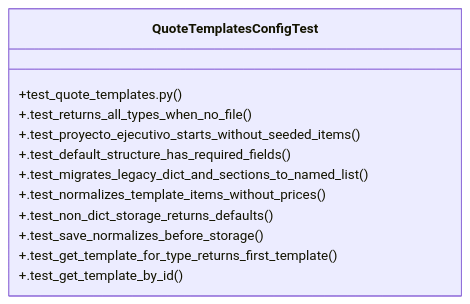
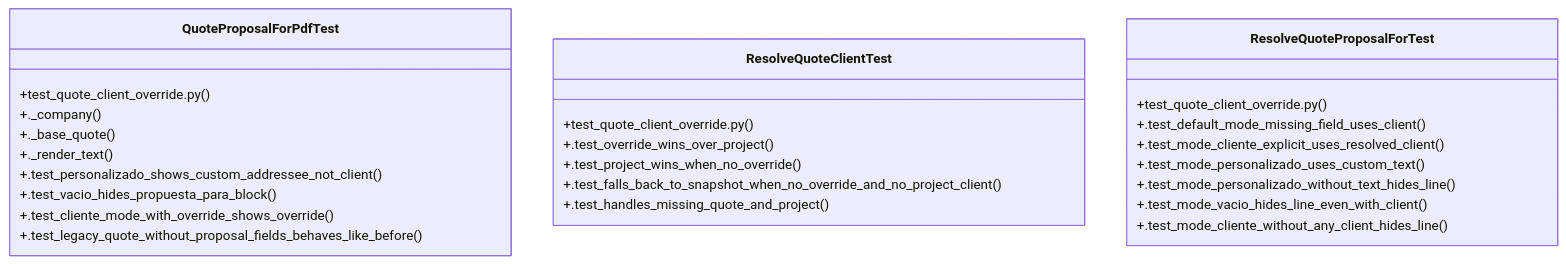
Before and after one commit to Daftrick/ProjectTracker: the diagram in graphify-out/wiki/Community_16.md, drawn with Mermaid. The commit also changed other lines of this file and 465 other files, not shown here.

````diff
--- a/graphify-out/wiki/Community_16.md
+++ b/graphify-out/wiki/Community_16.md
@@ -36,15 +36,29 @@
 ```mermaid
 classDiagram
-    class QuoteTemplatesConfigTest {
-        +test_quote_templates.py()
-        +.test_returns_all_types_when_no_file()
-        +.test_proyecto_ejecutivo_starts_without_seeded_items()
-        +.test_default_structure_has_required_fields()
-        +.test_migrates_legacy_dict_and_sections_to_named_list()
-        +.test_normalizes_template_items_without_prices()
-        +.test_non_dict_storage_returns_defaults()
-        +.test_save_normalizes_before_storage()
-        +.test_get_template_for_type_returns_first_template()
-        +.test_get_template_by_id()
+    class QuoteProposalForPdfTest {
+        +test_quote_client_override.py()
+        +._company()
+        +._base_quote()
+        +._render_text()
+        +.test_personalizado_shows_custom_addressee_not_client()
+        +.test_vacio_hides_propuesta_para_block()
+        +.test_cliente_mode_with_override_shows_override()
+        +.test_legacy_quote_without_proposal_fields_behaves_like_before()
+    }
+    class ResolveQuoteClientTest {
+        +test_quote_client_override.py()
+        +.test_override_wins_over_project()
+        +.test_project_wins_when_no_override()
+        +.test_falls_back_to_snapshot_when_no_override_and_no_project_client()
+        +.test_handles_missing_quote_and_project()
+    }
+    class ResolveQuoteProposalForTest {
+        +test_quote_client_override.py()
+        +.test_default_mode_missing_field_uses_client()
+        +.test_mode_cliente_explicit_uses_resolved_client()
+        +.test_mode_personalizado_uses_custom_text()
+        +.test_mode_personalizado_without_text_hides_line()
+        +.test_mode_vacio_hides_line_even_with_client()
+        +.test_mode_cliente_without_any_client_hides_line()
     }
 ```
````
